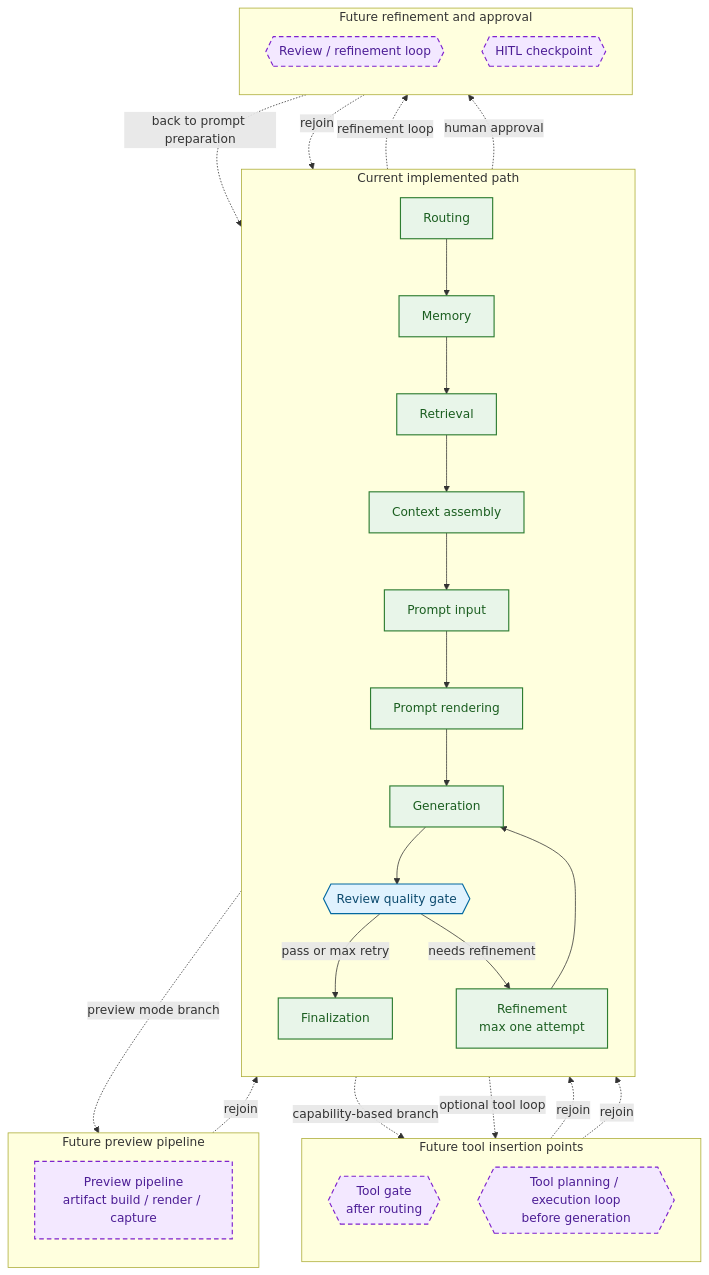
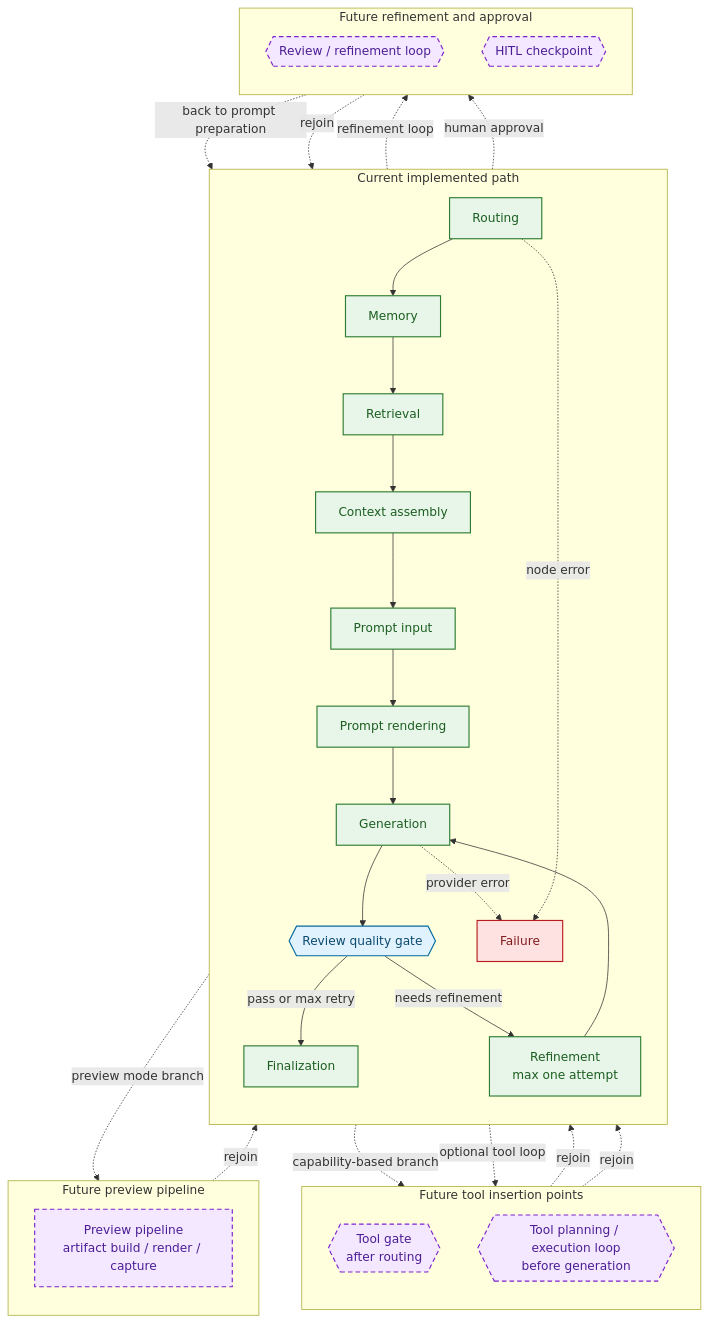
The third of 3 diagrams in docs/workflow_graph.md (lmguerrini/creative-coding-assistant), drawn with Mermaid before and after one commit. The commit also changed other lines of this file and 8 other files, not shown here.

````diff
--- a/docs/workflow_graph.md
+++ b/docs/workflow_graph.md
@@ -203,55 +226,60 @@
 ```mermaid
 flowchart TB
     classDef implemented fill:#E8F5E9,stroke:#2E7D32,color:#1B5E20,stroke-width:1.5px;
     classDef gate fill:#E0F2FE,stroke:#0369A1,color:#0C4A6E,stroke-width:1.5px;
+    classDef failure fill:#FEE2E2,stroke:#B91C1C,color:#7F1D1D,stroke-width:1.5px;
     classDef future fill:#F3E8FF,stroke:#7E22CE,color:#4C1D95,stroke-width:1.5px,stroke-dasharray: 6 4;
 
     subgraph current_path["Current implemented path"]
         direction TB
         routing["Routing"]
         memory["Memory"]
         retrieval["Retrieval"]
         context_assembly["Context assembly"]
         prompt_input["Prompt input"]
         prompt_rendering["Prompt rendering"]
         generation["Generation"]
         review{{"Review quality gate"}}
         refinement["Refinement<br/>max one attempt"]
         finalization["Finalization"]
+        failure["Failure"]
         routing --> memory --> retrieval --> context_assembly --> prompt_input --> prompt_rendering --> generation --> review
         review -->|"pass or max retry"| finalization
         review -->|"needs refinement"| refinement --> generation
+        generation -. provider error .-> failure
+        routing -. node error .-> failure
     end
 
     subgraph future_tools["Future tool insertion points"]
         direction TB
         tool_gate{{Tool gate<br/>after routing}}
         tool_loop{{Tool planning / execution loop<br/>before generation}}
     end
 
     subgraph future_preview["Future preview pipeline"]
         direction TB
         preview["Preview pipeline<br/>artifact build / render / capture"]
     end
 
     subgraph future_refinement["Future refinement and approval"]
         direction TB
         retry{{Review / refinement loop}}
         hitl{{HITL checkpoint}}
     end
 
     routing -. capability-based branch .-> tool_gate
     tool_gate -. rejoin .-> memory
     prompt_rendering -. optional tool loop .-> tool_loop
     tool_loop -. rejoin .-> generation
     generation -. preview mode branch .-> preview
     preview -. rejoin .-> review
     review -. refinement loop .-> retry
     retry -. back to prompt preparation .-> prompt_input
     review -. human approval .-> hitl
     hitl -. rejoin .-> finalization
 
     class routing,memory,retrieval,context_assembly,prompt_input,prompt_rendering,generation,refinement,finalization implemented
     class review gate
+    class failure failure
     class tool_gate,tool_loop,preview,retry,hitl future
 ```
````
